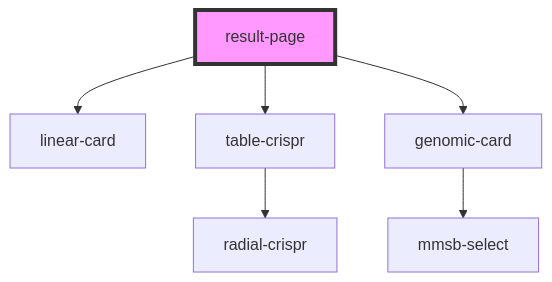
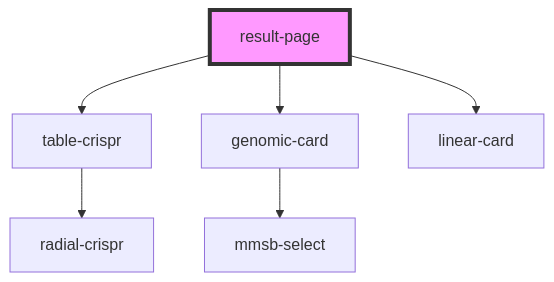
Before and after one commit to MMSB-MOBI/result_page_crispr: the diagram in src/components/result-page/readme.md, drawn with Mermaid. The commit also changed other lines of this file and 1 other file, not shown here.

````diff
--- a/src/components/result-page/readme.md
+++ b/src/components/result-page/readme.md
@@ -28,9 +28,9 @@
 ```mermaid
 graph TD;
-  result-page --> linear-card
   result-page --> table-crispr
   result-page --> genomic-card
+  result-page --> linear-card
   table-crispr --> radial-crispr
   genomic-card --> mmsb-select
   style result-page fill:#f9f,stroke:#333,stroke-width:4px
 ```
````
